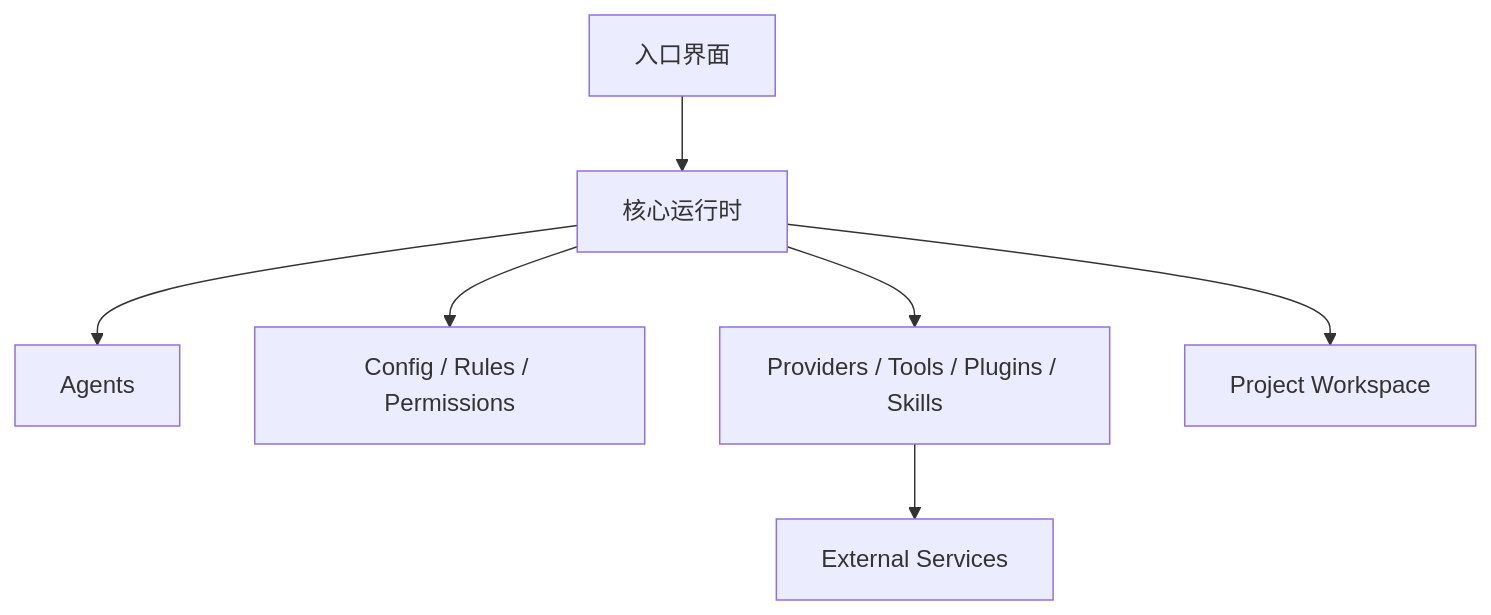
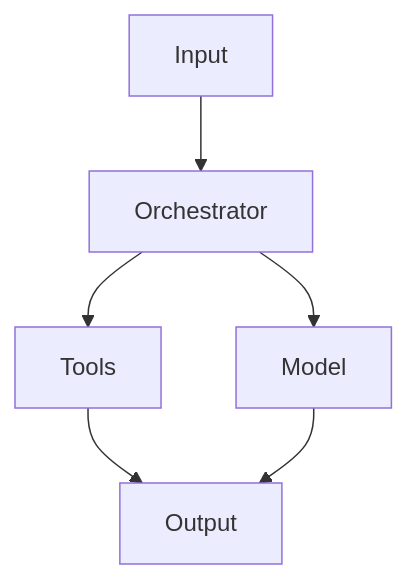
The second of 2 diagrams in knowledge-base/templates/deep-project-dossier.md (utertop/Making-a-fortune-daily-by-studying-AI), drawn with Mermaid before and after one commit. The commit also changed other lines of this file and 7 other files, not shown here.

````diff
--- a/knowledge-base/templates/deep-project-dossier.md
+++ b/knowledge-base/templates/deep-project-dossier.md
@@ -134,9 +74,8 @@
 ```mermaid
 flowchart TB
-    Client[入口界面] --> Runtime[核心运行时]
-    Runtime --> Agents[Agents]
-    Runtime --> Config[Config / Rules / Permissions]
-    Runtime --> Integrations[Providers / Tools / Plugins / Skills]
-    Runtime --> Workspace[Project Workspace]
-    Integrations --> External[External Services]
+    Input[Input] --> Orchestrator[Orchestrator]
+    Orchestrator --> Tools[Tools]
+    Orchestrator --> Model[Model]
+    Tools --> Output[Output]
+    Model --> Output
 ```
````
